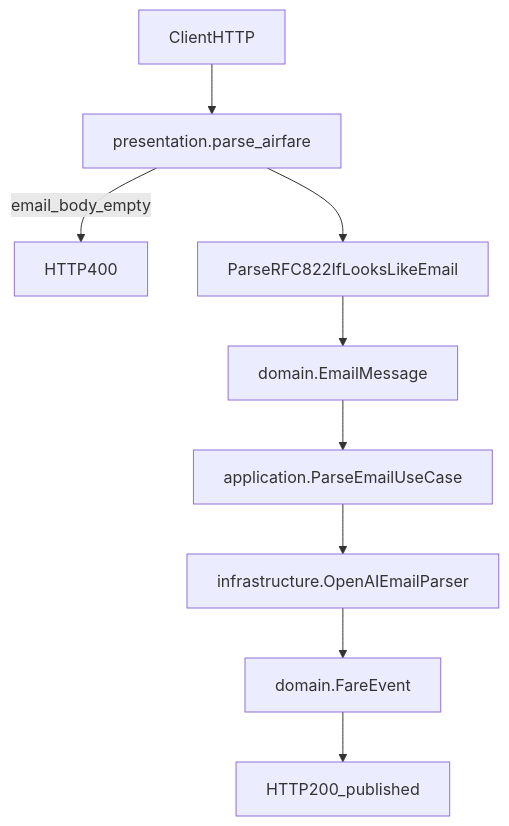
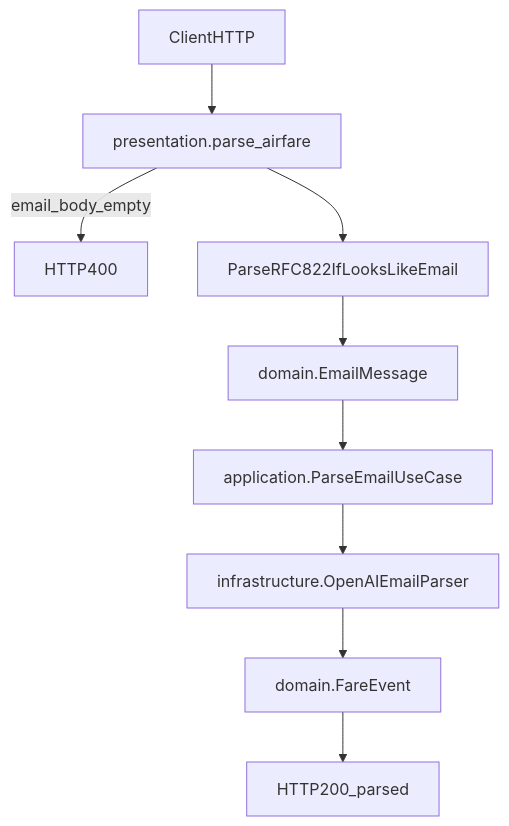
Before and after one commit to nb-bora/ff-ingestion: the first of 3 diagrams in README.md, drawn with Mermaid. The commit also changed other lines of this file and 34 other files, not shown here.

````diff
--- a/README.md
+++ b/README.md
@@ -149,11 +194,11 @@
 ```mermaid
 flowchart TD
   Client[ClientHTTP] --> ParseRoute[presentation.parse_airfare]
   ParseRoute -->|email_body_empty| Err400[HTTP400]
   ParseRoute --> EmailExtract[ParseRFC822IfLooksLikeEmail]
   EmailExtract --> EmailMsg[domain.EmailMessage]
   EmailMsg --> ParseUC[application.ParseEmailUseCase]
   ParseUC --> OpenAIParser[infrastructure.OpenAIEmailParser]
   OpenAIParser --> FareEvent[domain.FareEvent]
-  FareEvent --> Resp200[HTTP200_published]
+  FareEvent --> Resp200[HTTP200_parsed]
 ```
````
